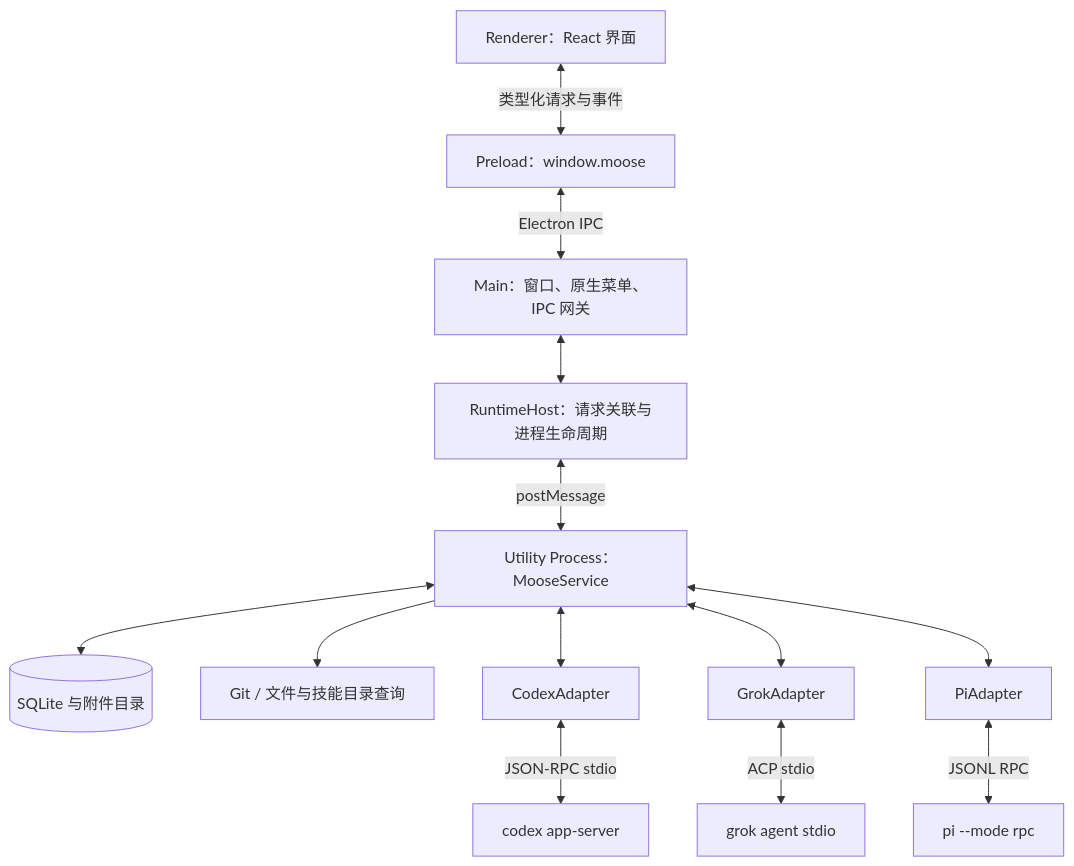
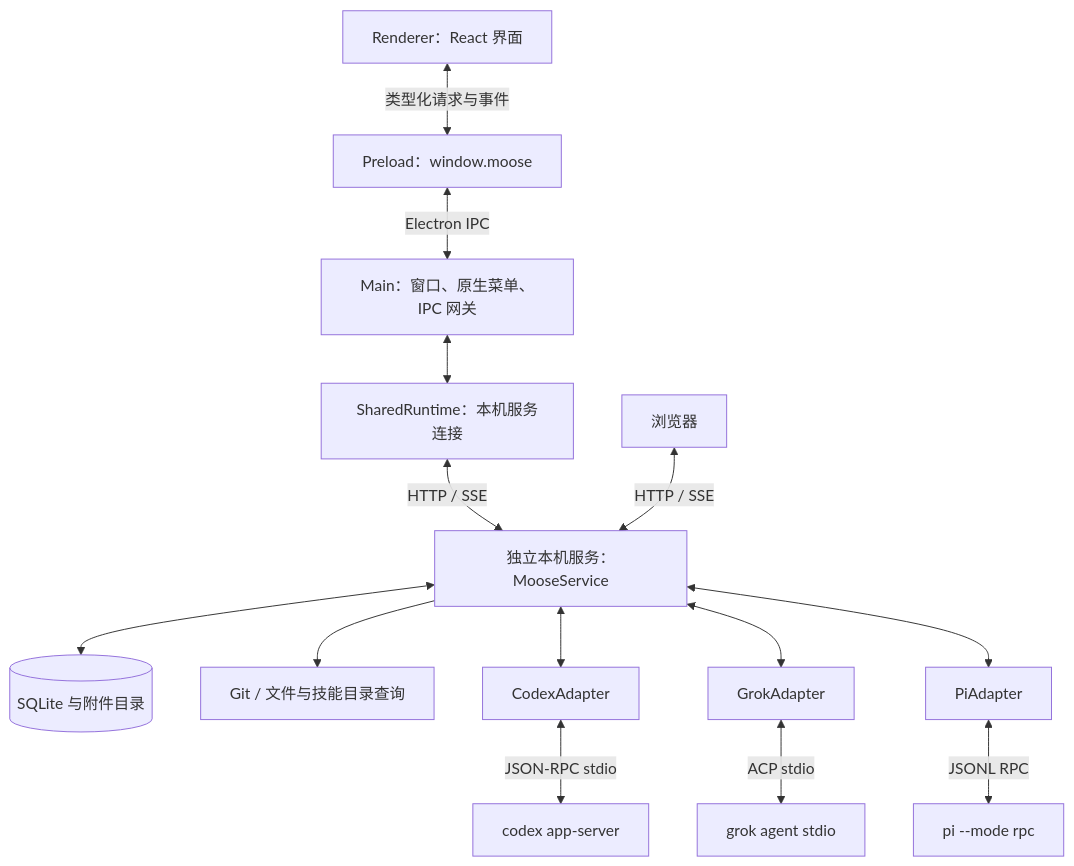
The first of 3 diagrams in docs/architecture.md (shqingda/moose), drawn with Mermaid before and after one commit. The commit also changed other lines of this file and 18 other files, not shown here.

Commit message:
Start shared desktop background service automatically in 0.16.0

````diff
--- a/docs/architecture.md
+++ b/docs/architecture.md
@@ -15,28 +15,29 @@
 ```mermaid
 flowchart TB
   UI[Renderer：React 界面]
   Bridge[Preload：window.moose]
   Main[Main：窗口、原生菜单、IPC 网关]
-  Host[RuntimeHost：请求关联与进程生命周期]
-  Service[Utility Process：MooseService]
+  Host[SharedRuntime：本机服务连接]
+  Service[独立本机服务：MooseService]
   DB[(SQLite 与附件目录)]
   Git[Git / 文件与技能目录查询]
   Codex[CodexAdapter]
   Grok[GrokAdapter]
   Pi[PiAdapter]
   PCLI[pi --mode rpc]
   CCLI[codex app-server]
   GCLI[grok agent stdio]
   UI <-->|类型化请求与事件| Bridge
   Bridge <-->|Electron IPC| Main
   Main <--> Host
-  Host <-->|postMessage| Service
+  Host <-->|HTTP / SSE| Service
+  Web[浏览器] <-->|HTTP / SSE| Service
   Service <--> DB
   Service --> Git
   Service <--> Codex
   Service <--> Grok
   Service <--> Pi
   Pi <-->|JSONL RPC| PCLI
   Codex <-->|JSON-RPC stdio| CCLI
   Grok <-->|ACP stdio| GCLI
 ```
````
